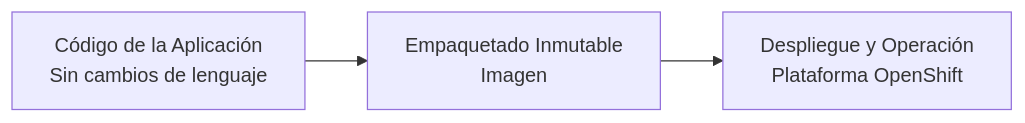
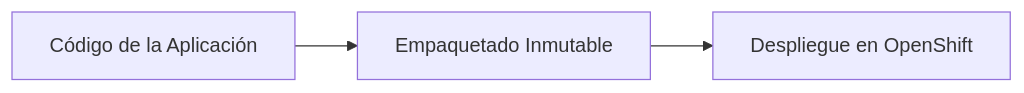
Before and after one commit to ieftraining/curso-openshift: the first of 4 diagrams in docs/sesion1/1.2 de servidor a contendor.md, drawn with Mermaid. The commit also changed other lines of this file, not shown here.

````diff
--- a/docs/sesion1/1.2 de servidor a contendor.md
+++ b/docs/sesion1/1.2 de servidor a contendor.md
@@ -50,5 +50,5 @@
 ```mermaid
 flowchart LR
-    A[Código de la Aplicación\nSin cambios de lenguaje] --> B[Empaquetado Inmutable\nImagen]
-    B --> C[Despliegue y Operación\nPlataforma OpenShift]
+    A["Código de la Aplicación"] --> B["Empaquetado Inmutable"]
+    B --> C["Despliegue en OpenShift"]
 ```
````
